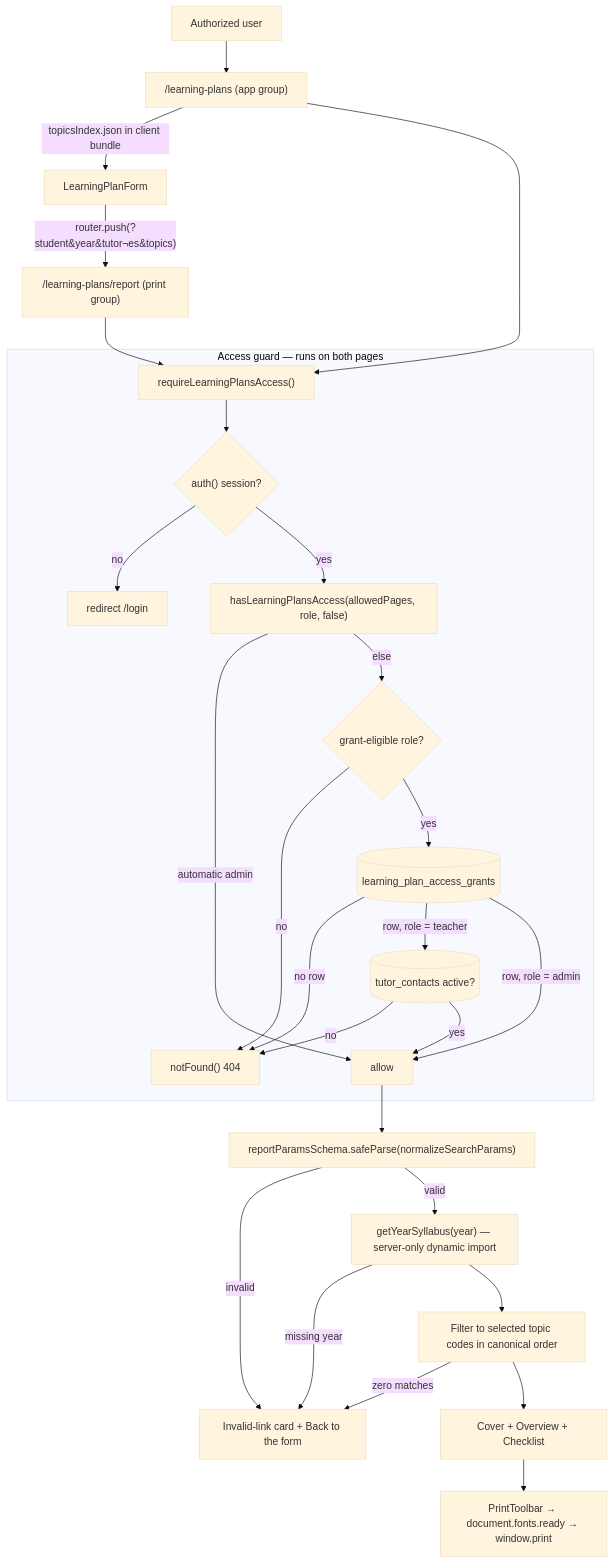
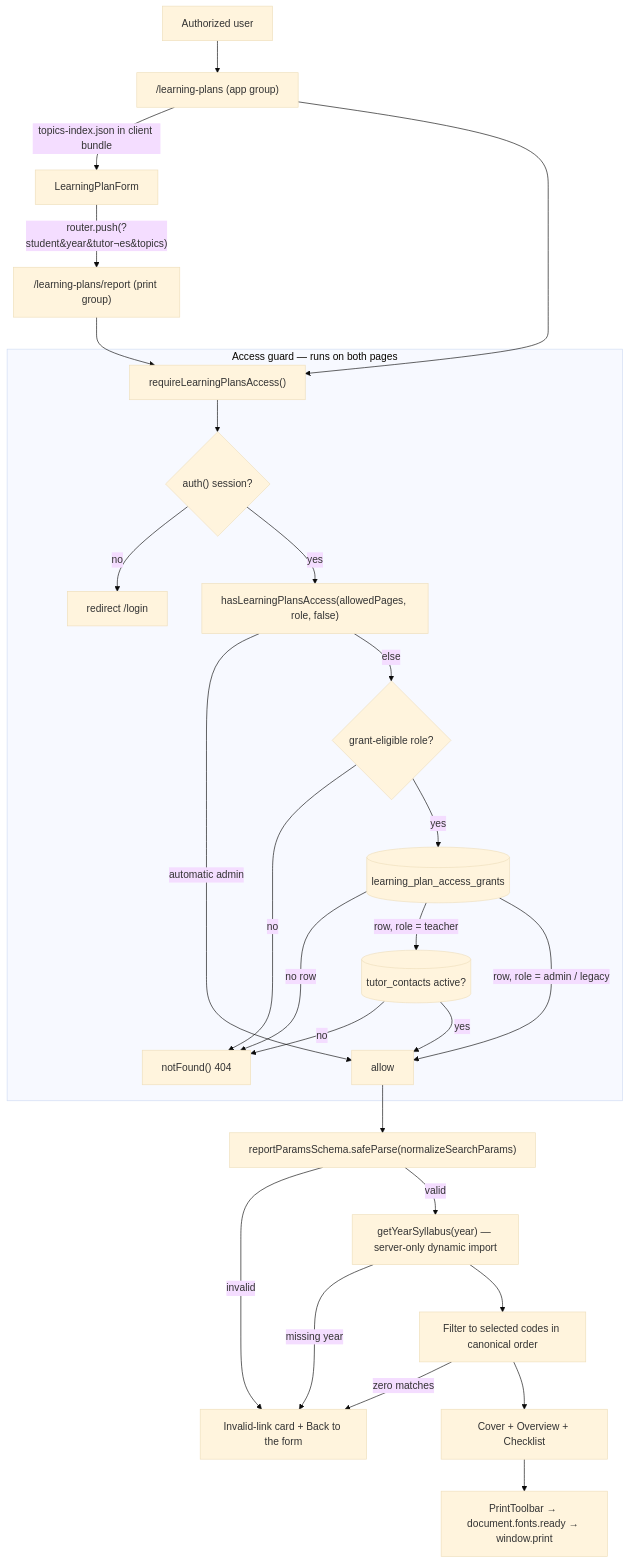
Before and after one commit to kasheesh711/bgscheduler: the diagram in docs/features/learning-plans.md, drawn with Mermaid (base theme). The commit also changed other lines of this file and 95 other files, not shown here.

````diff
--- a/docs/features/learning-plans.md
+++ b/docs/features/learning-plans.md
@@ -117,32 +67,32 @@
 ```mermaid
 flowchart TD
     U[Authorized user] --> B["/learning-plans (app group)"]
-    B -->|topicsIndex.json in client bundle| F[LearningPlanForm]
+    B -->|"topics-index.json in client bundle"| F[LearningPlanForm]
     F -->|"router.push(?student&year&tutor&notes&topics)"| R["/learning-plans/report (print group)"]
 
     subgraph guard["Access guard — runs on both pages"]
         G1["requireLearningPlansAccess()"] --> G2{"auth() session?"}
-        G2 -->|no| G3[redirect /login]
+        G2 -->|no| G3["redirect /login"]
         G2 -->|yes| G4["hasLearningPlansAccess(allowedPages, role, false)"]
         G4 -->|automatic admin| OK[allow]
-        G4 -->|else| G5{grant-eligible role?}
+        G4 -->|else| G5{"grant-eligible role?"}
         G5 -->|no| G6["notFound() 404"]
-        G5 -->|yes| G7[(learning_plan_access_grants)]
+        G5 -->|yes| G7[("learning_plan_access_grants")]
         G7 -->|no row| G6
-        G7 -->|row, role = teacher| G8[(tutor_contacts active?)]
+        G7 -->|"row, role = teacher"| G8[("tutor_contacts active?")]
         G8 -->|no| G6
         G8 -->|yes| OK
-        G7 -->|row, role = admin| OK
+        G7 -->|"row, role = admin / legacy"| OK
     end
 
+    B --> G1
     R --> G1
-    B --> G1
     OK --> P["reportParamsSchema.safeParse(normalizeSearchParams)"]
-    P -->|invalid| E[Invalid-link card + Back to the form]
+    P -->|invalid| E["Invalid-link card + Back to the form"]
     P -->|valid| Y["getYearSyllabus(year) — server-only dynamic import"]
     Y -->|missing year| E
-    Y --> T[Filter to selected topic codes in canonical order]
+    Y --> T["Filter to selected codes in canonical order"]
     T -->|zero matches| E
-    T --> D[Cover + Overview + Checklist]
-    D --> PR[PrintToolbar → document.fonts.ready → window.print]
+    T --> D["Cover + Overview + Checklist"]
+    D --> PR["PrintToolbar → document.fonts.ready → window.print"]
 ```
````
